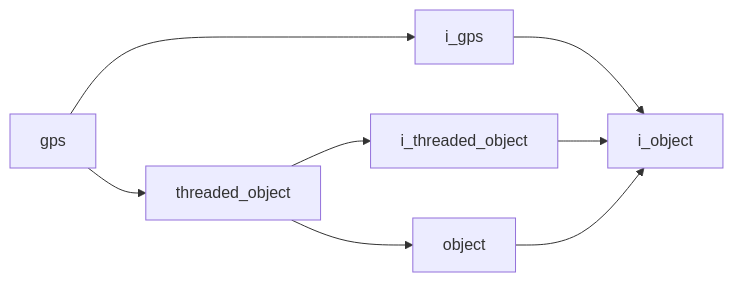
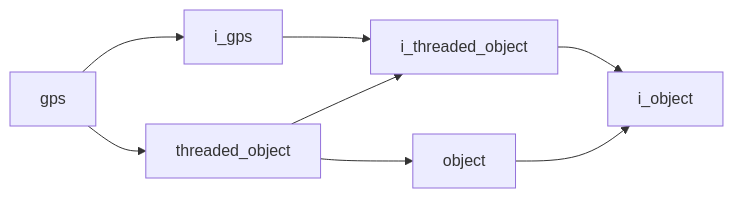
The diagram in docs/codebase/namespaces/utility/implementations/gps.md (kasper-szczerba/acs_wiki), drawn with Mermaid before and after one commit. The commit also changed other lines of this file and 34 other files, not shown here.

````diff
--- a/docs/codebase/namespaces/utility/implementations/gps.md
+++ b/docs/codebase/namespaces/utility/implementations/gps.md
@@ -15,11 +15,11 @@
 ```mermaid
 graph LR
     gps["gps"]
     gps["gps"] --> i_gps["i_gps"]
     gps["gps"] --> threaded_object["threaded_object"]
-    i_gps["i_gps"] --> i_object["i_object"]
+    i_gps["i_gps"] --> i_threaded_object["i_threaded_object"]
     i_threaded_object["i_threaded_object"] --> i_object["i_object"]
     object["object"] --> i_object["i_object"]
     threaded_object["threaded_object"] --> i_threaded_object["i_threaded_object"]
     threaded_object["threaded_object"] --> object["object"]
 ```
````
